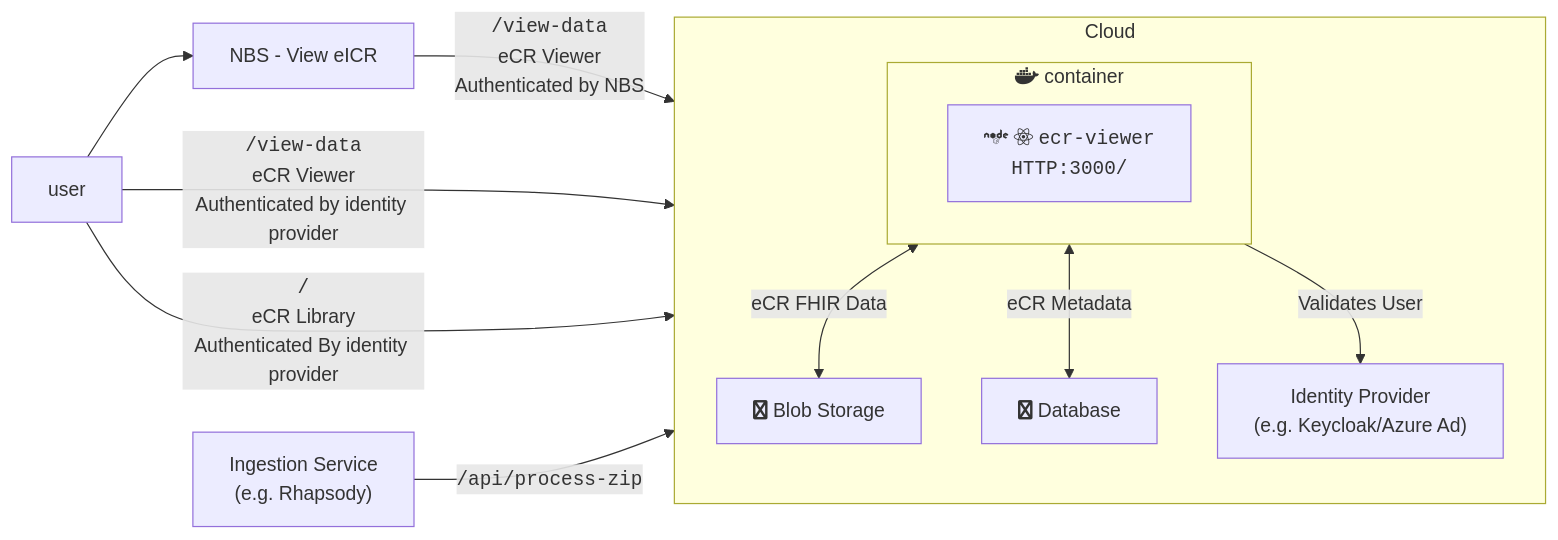
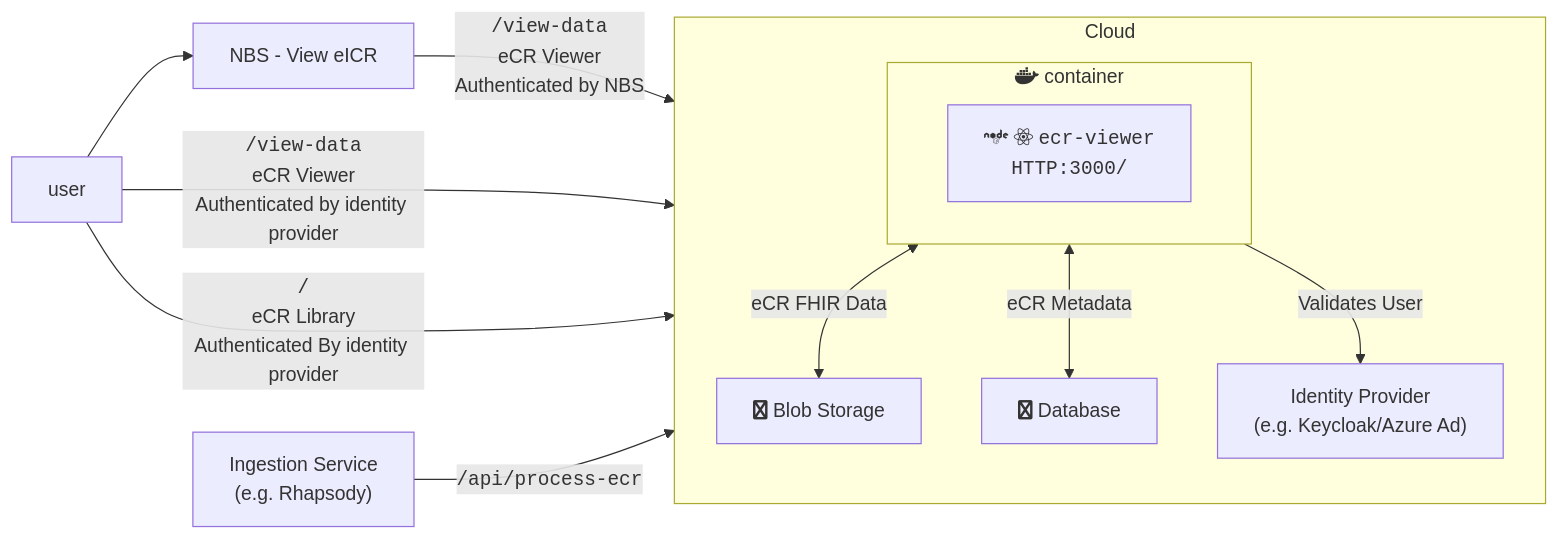
Before and after one commit to CDCgov/dibbs-ecr-viewer: the third of 3 diagrams in containers/ecr-viewer/guide.md, drawn with Mermaid. The commit also changed other lines of this file and 22 other files, not shown here.

Commit message:
feat: `process-ecr` api endpoint (#712)

````diff
--- a/containers/ecr-viewer/guide.md
+++ b/containers/ecr-viewer/guide.md
@@ -64,23 +64,23 @@
 ```mermaid
 flowchart LR
   user
   nbs["NBS - View eICR"]
   ingestion["Ingestion Service<br>(e.g. Rhapsody)"]
   subgraph service[Cloud]
     direction TB
     subgraph container["fab:fa-docker container"]
       viewer["fab:fa-node fab:fa-react <code>ecr-viewer<br>HTTP:3000/</code>"]
     end
     blobStorage["fab:fa-file Blob Storage"]
     metadata["fab:fa-database Database"]
     identityProvider["Identity Provider<br>(e.g. Keycloak/Azure Ad)"]
 	container <--> |eCR FHIR Data| blobStorage
 	container <--> |eCR Metadata| metadata
     container -->|Validates User| identityProvider
   end
   user --> nbs
   nbs -->|<code>/view-data</code><br>eCR Viewer<br>Authenticated by NBS| container
   user -->|<code>/view-data</code><br>eCR Viewer<br>Authenticated by identity provider| container
   user -->|<code>/</code><br>eCR Library<br>Authenticated By identity provider| container
-  ingestion -->|<code>/api/process-zip</code>| container
+  ingestion -->|<code>/api/process-ecr</code>| container
 ```
````
